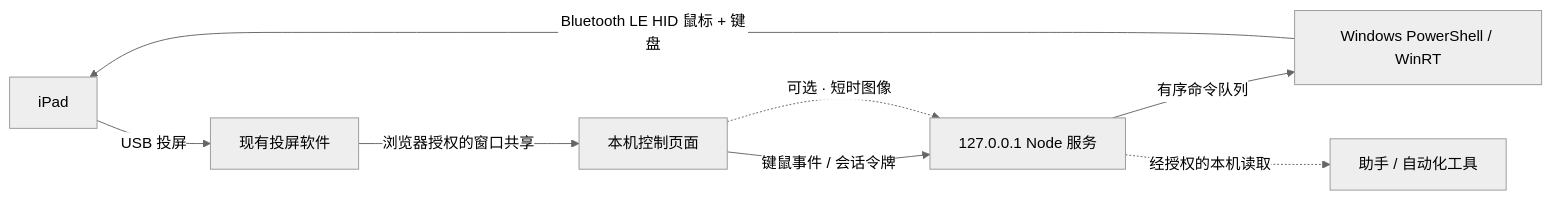
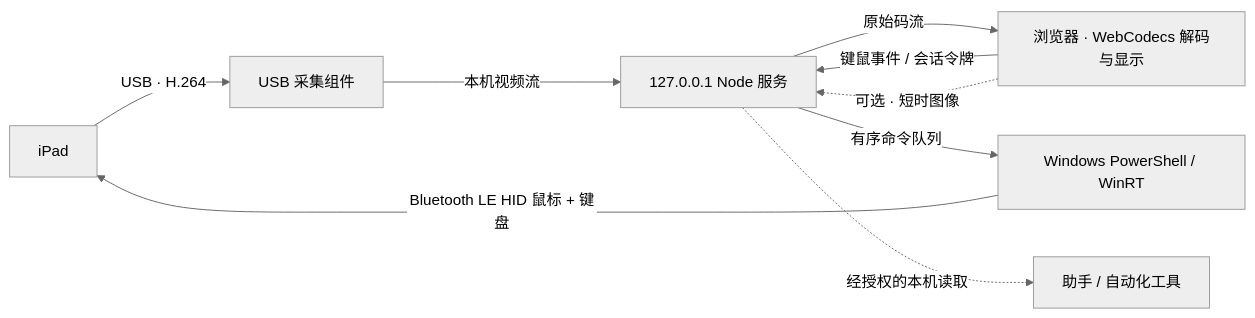
One commit to LiuJH12138/ipad-bluetooth-mouse changed the diagram in README.md. Above: the diagram before and after it, drawn with Mermaid (neutral theme). The commit also changed other lines of this file and 11 other files, not shown here.

Commit message:
Stream iPad USB video directly into the control console

````diff
--- a/README.md
+++ b/README.md
@@ -64,10 +74,11 @@
 ```mermaid
 flowchart LR
-    I["iPad"] -->|"USB 投屏"| M["现有投屏软件"]
-    M -->|"浏览器授权的窗口共享"| B["本机控制页面"]
+    I["iPad"] -->|"USB · H.264"| M["USB 采集组件"]
+    M -->|"本机视频流"| N["127.0.0.1 Node 服务"]
+    N -->|"原始码流"| B["浏览器 · WebCodecs 解码与显示"]
     B -->|"键鼠事件 / 会话令牌"| N["127.0.0.1 Node 服务"]
     N -->|"有序命令队列"| P["Windows PowerShell / WinRT"]
     P -->|"Bluetooth LE HID 鼠标 + 键盘"| I
     B -.->|"可选 · 短时图像"| N
     N -.->|"经授权的本机读取"| A["助手 / 自动化工具"]
 ```
````
